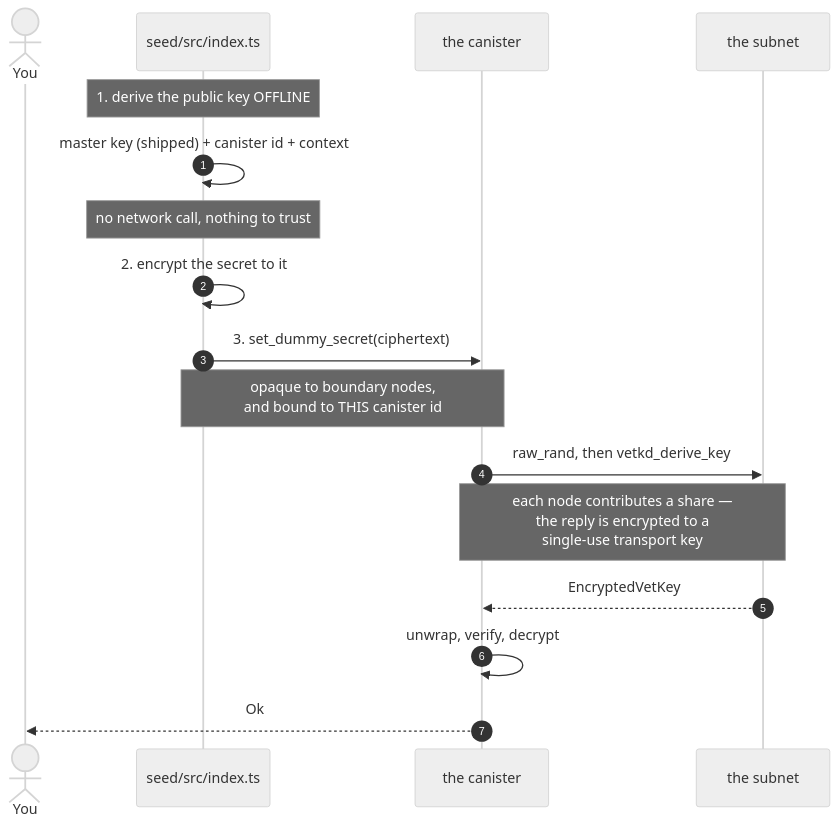
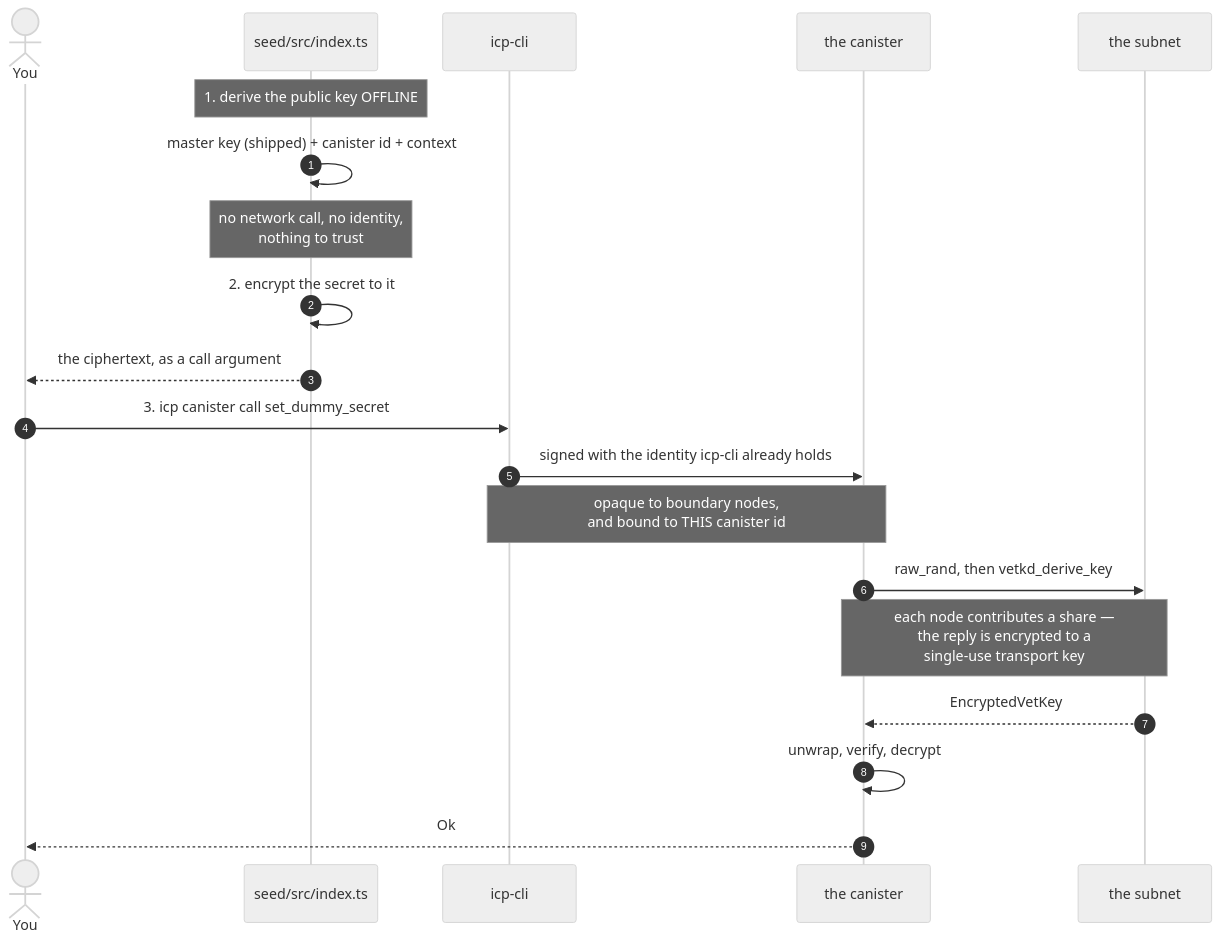
The diagram in README.md (marc0olo/icp-seeding-secrets-poc), drawn with Mermaid (neutral theme) before and after one commit. The commit also changed other lines of this file and 5 other files, not shown here.

````diff
--- a/README.md
+++ b/README.md
@@ -56,22 +59,26 @@
 ```mermaid
 sequenceDiagram
     autonumber
     actor Dev as You
     participant Script as seed/src/index.ts
+    participant Cli as icp-cli
     participant Can as the canister
     participant Subnet as the subnet
 
     Note over Script: 1. derive the public key OFFLINE
     Script->>Script: master key (shipped) + canister id + context
-    Note over Script: no network call, nothing to trust
+    Note over Script: no network call, no identity,<br/>nothing to trust
 
     Script->>Script: 2. encrypt the secret to it
-    Script->>Can: 3. set_dummy_secret(ciphertext)
-    Note over Script,Can: opaque to boundary nodes,<br/>and bound to THIS canister id
+    Script-->>Dev: the ciphertext, as a call argument
+
+    Dev->>Cli: 3. icp canister call set_dummy_secret
+    Cli->>Can: signed with the identity icp-cli already holds
+    Note over Cli,Can: opaque to boundary nodes,<br/>and bound to THIS canister id
 
     Can->>Subnet: raw_rand, then vetkd_derive_key
     Note over Can,Subnet: each node contributes a share —<br/>the reply is encrypted to a<br/>single-use transport key
     Subnet-->>Can: EncryptedVetKey
     Can->>Can: unwrap, verify, decrypt
     Can-->>Dev: Ok
 ```
````
